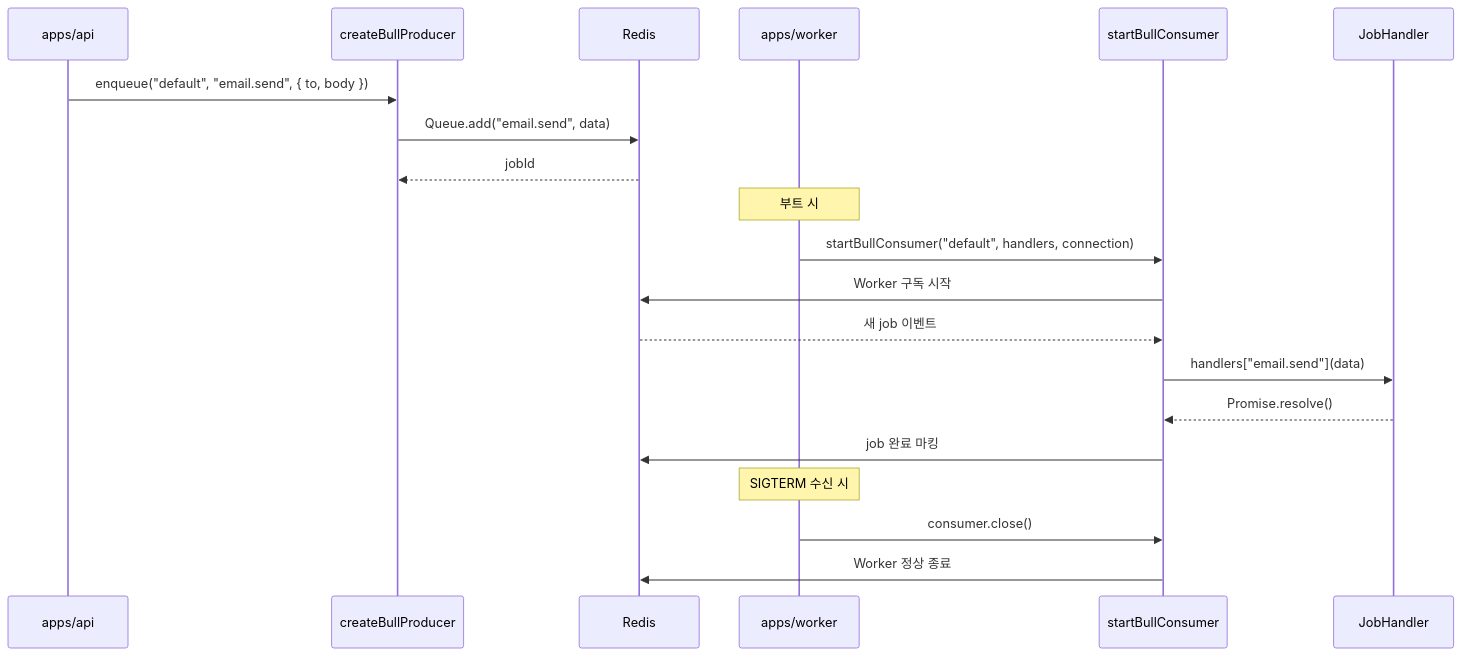
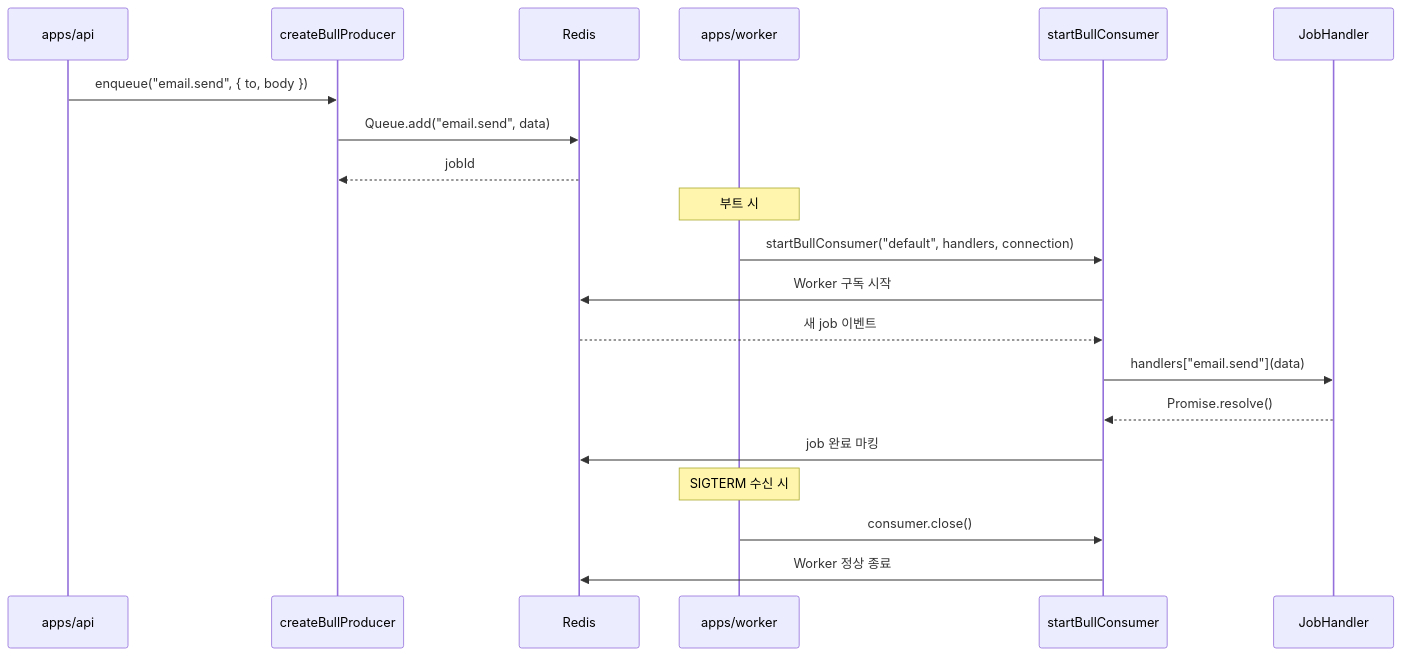
Before and after one commit to Changsik00/service-foundry: the diagram in docs/explainers/backend/queue-worker-bullmq.md, drawn with Mermaid. The commit also changed other lines of this file and 1 other file, not shown here.

Commit message:
docs(spec-14-08): verify+fix backend explainers

````diff
--- a/docs/explainers/backend/queue-worker-bullmq.md
+++ b/docs/explainers/backend/queue-worker-bullmq.md
@@ -20,26 +20,26 @@
 ```mermaid
 sequenceDiagram
     participant API as apps/api
     participant Producer as createBullProducer
     participant Redis as Redis
     participant Worker as apps/worker
     participant Consumer as startBullConsumer
     participant Handler as JobHandler
 
-    API->>Producer: enqueue("default", "email.send", { to, body })
+    API->>Producer: enqueue("email.send", { to, body })
     Producer->>Redis: Queue.add("email.send", data)
     Redis-->>Producer: jobId
 
     note over Worker: 부트 시
     Worker->>Consumer: startBullConsumer("default", handlers, connection)
     Consumer->>Redis: Worker 구독 시작
 
     Redis-->>Consumer: 새 job 이벤트
     Consumer->>Handler: handlers["email.send"](data)
     Handler-->>Consumer: Promise.resolve()
     Consumer->>Redis: job 완료 마킹
 
     note over Worker: SIGTERM 수신 시
     Worker->>Consumer: consumer.close()
     Consumer->>Redis: Worker 정상 종료
 ```
````
